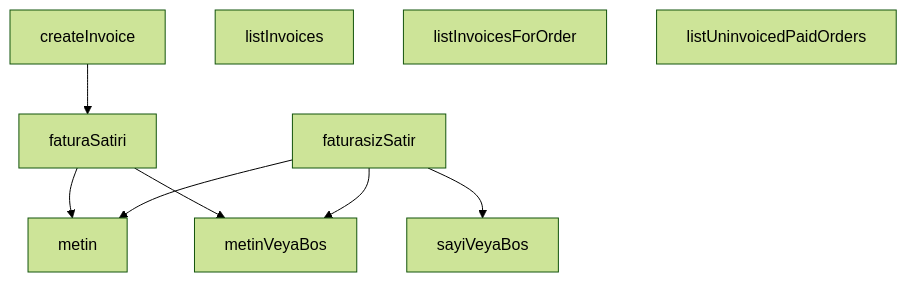
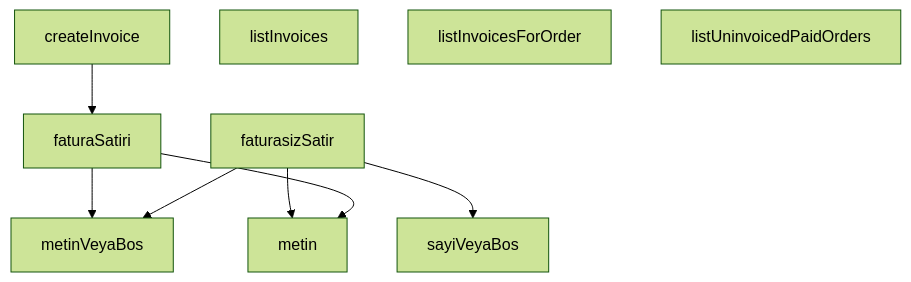
One commit to peckop/venthub-hvac-esite changed the diagram in src/lib/services/orderInvoice.service.md. Above: the diagram before and after it, drawn with Mermaid (forest theme). The commit also changed other lines of this file and 134 other files, not shown here.

````diff
--- a/src/lib/services/orderInvoice.service.md
+++ b/src/lib/services/orderInvoice.service.md
@@ -190,18 +190,18 @@
 ```mermaid
 graph TD
     orderInvoice_service_ts__createInvoice["createInvoice"]
     orderInvoice_service_ts__faturaSatiri["faturaSatiri"]
     orderInvoice_service_ts__faturasizSatir["faturasizSatir"]
     orderInvoice_service_ts__listInvoices["listInvoices"]
     orderInvoice_service_ts__listInvoicesForOrder["listInvoicesForOrder"]
     orderInvoice_service_ts__listUninvoicedPaidOrders["listUninvoicedPaidOrders"]
     orderInvoice_service_ts__metin["metin"]
     orderInvoice_service_ts__metinVeyaBos["metinVeyaBos"]
     orderInvoice_service_ts__sayiVeyaBos["sayiVeyaBos"]
+    orderInvoice_service_ts__faturasizSatir --> orderInvoice_service_ts__metin
+    orderInvoice_service_ts__faturaSatiri --> orderInvoice_service_ts__metinVeyaBos
+    orderInvoice_service_ts__createInvoice --> orderInvoice_service_ts__faturaSatiri
+    orderInvoice_service_ts__faturaSatiri --> orderInvoice_service_ts__metin
+    orderInvoice_service_ts__faturasizSatir --> orderInvoice_service_ts__metinVeyaBos
     orderInvoice_service_ts__faturasizSatir --> orderInvoice_service_ts__sayiVeyaBos
-    orderInvoice_service_ts__faturaSatiri --> orderInvoice_service_ts__metin
-    orderInvoice_service_ts__faturasizSatir --> orderInvoice_service_ts__metin
-    orderInvoice_service_ts__createInvoice --> orderInvoice_service_ts__faturaSatiri
-    orderInvoice_service_ts__faturaSatiri --> orderInvoice_service_ts__metinVeyaBos
-    orderInvoice_service_ts__faturasizSatir --> orderInvoice_service_ts__metinVeyaBos
 ```
````
